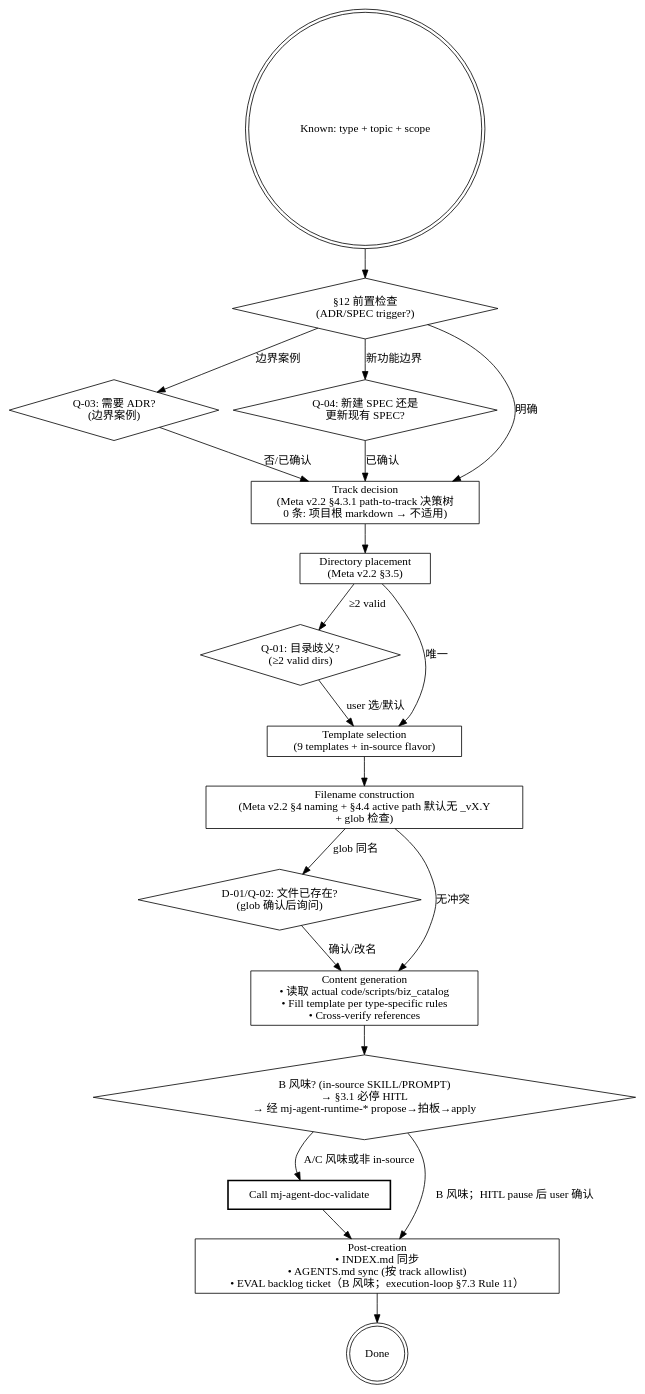
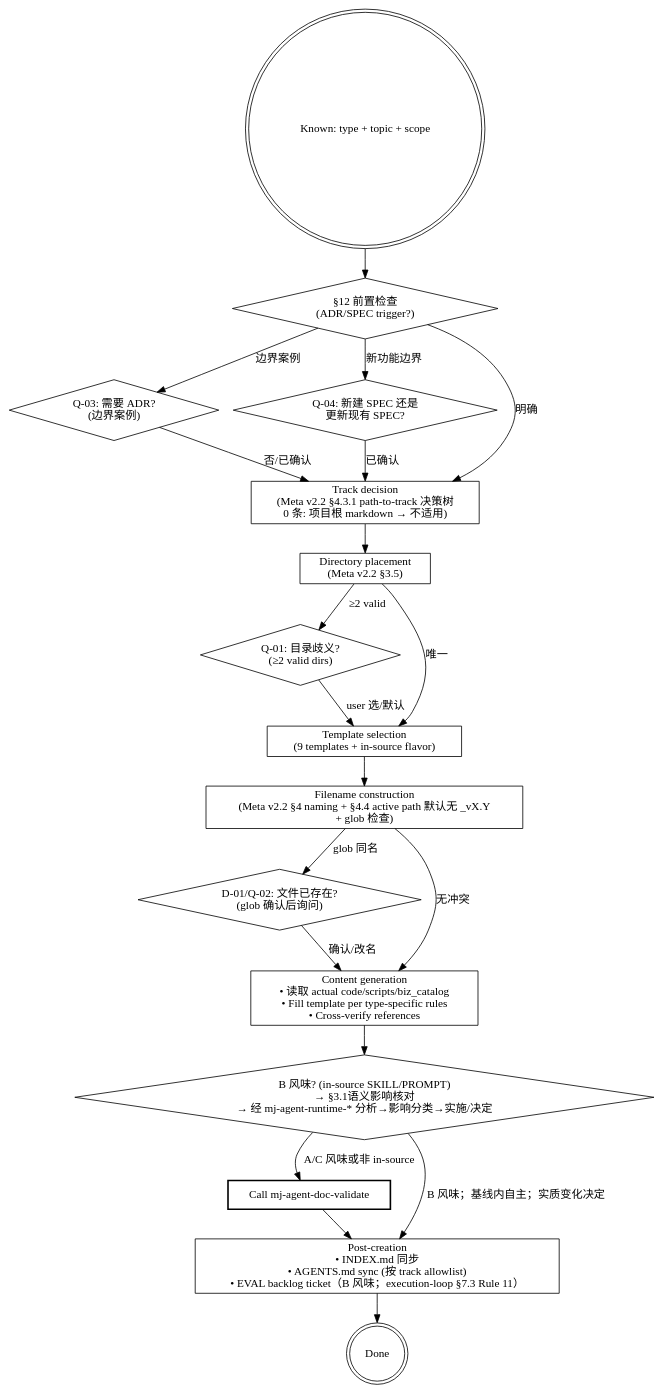
Before and after one commit to MJ-AgentLab/mj-agent: the diagram in .agents/skills/mj-agent-doc-author/SKILL.md, drawn with Graphviz. The commit also changed other lines of this file and 134 other files, not shown here.

````diff
--- a/.agents/skills/mj-agent-doc-author/SKILL.md
+++ b/.agents/skills/mj-agent-doc-author/SKILL.md
@@ -37,53 +38,53 @@
 ```dot
 digraph author {
   rankdir=TB;
   start [label="Known: type + topic + scope" shape=doublecircle];
 
   precheck [label="§12 前置检查\n(ADR/SPEC trigger?)" shape=diamond];
 
   q03 [label="Q-03: 需要 ADR?\n(边界案例)" shape=diamond];
   q04 [label="Q-04: 新建 SPEC 还是\n更新现有 SPEC?" shape=diamond];
 
   track [label="Track decision\n(Meta v2.2 §4.3.1 path-to-track 决策树\n0 条: 项目根 markdown → 不适用)" shape=box];
 
   dir [label="Directory placement\n(Meta v2.2 §3.5)" shape=box];
 
   q01 [label="Q-01: 目录歧义?\n(≥2 valid dirs)" shape=diamond];
 
   template [label="Template selection\n(9 templates + in-source flavor)" shape=box];
 
   filename [label="Filename construction\n(Meta v2.2 §4 naming + §4.4 active path 默认无 _vX.Y\n+ glob 检查)" shape=box];
 
   d01q02 [label="D-01/Q-02: 文件已存在?\n(glob 确认后询问)" shape=diamond];
 
   content [label="Content generation\n• 读取 actual code/scripts/biz_catalog\n• Fill template per type-specific rules\n• Cross-verify references" shape=box];
 
-  hitl_b [label="B 风味? (in-source SKILL/PROMPT)\n→ §3.1 必停 HITL\n→ 经 mj-agent-runtime-* propose→拍板→apply" shape=diamond];
+  hitl_b [label="B 风味? (in-source SKILL/PROMPT)\n→ §3.1语义影响核对\n→ 经 mj-agent-runtime-* 分析→影响分类→实施/决定" shape=diamond];
 
   validate [label="Call mj-agent-doc-validate" shape=box style=bold];
 
   post [label="Post-creation\n• INDEX.md 同步\n• AGENTS.md sync (按 track allowlist)\n• EVAL backlog ticket（B 风味；execution-loop §7.3 Rule 11）" shape=box];
 
   done [label="Done" shape=doublecircle];
 
   start -> precheck;
   precheck -> q03 [label="边界案例"];
   precheck -> q04 [label="新功能边界"];
   precheck -> track [label="明确"];
   q03 -> track [label="否/已确认"];
   q04 -> track [label="已确认"];
   track -> dir;
   dir -> q01 [label="≥2 valid"];
   dir -> template [label="唯一"];
   q01 -> template [label="user 选/默认"];
   template -> filename;
   filename -> d01q02 [label="glob 同名"];
   filename -> content [label="无冲突"];
   d01q02 -> content [label="确认/改名"];
   content -> hitl_b;
   hitl_b -> validate [label="A/C 风味或非 in-source"];
-  hitl_b -> post [label="B 风味；HITL pause 后 user 确认"];
+  hitl_b -> post [label="B 风味；基线内自主；实质变化决定"];
   validate -> post;
   post -> done;
 }
 ```
````
